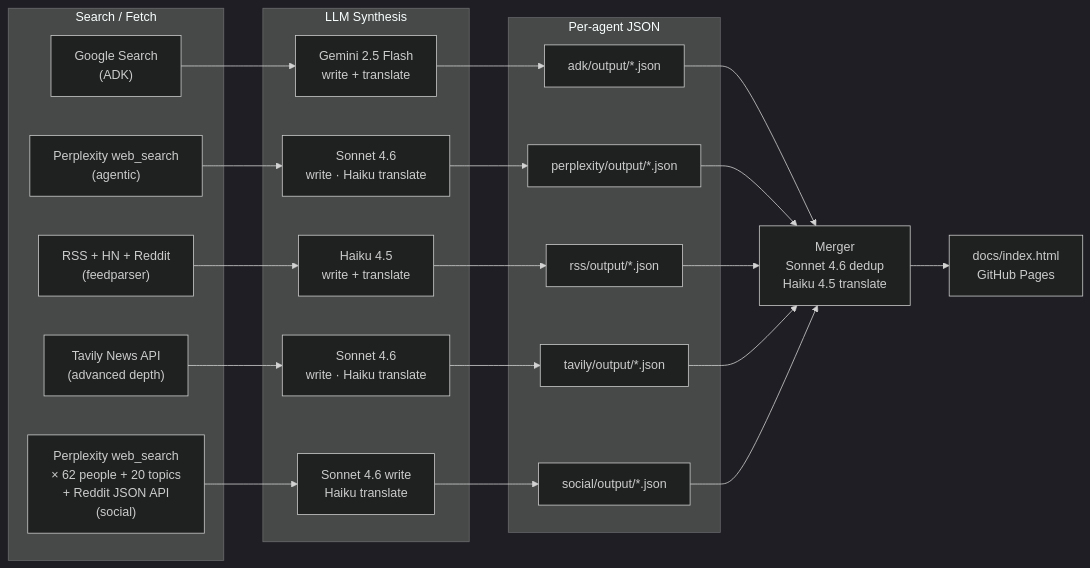
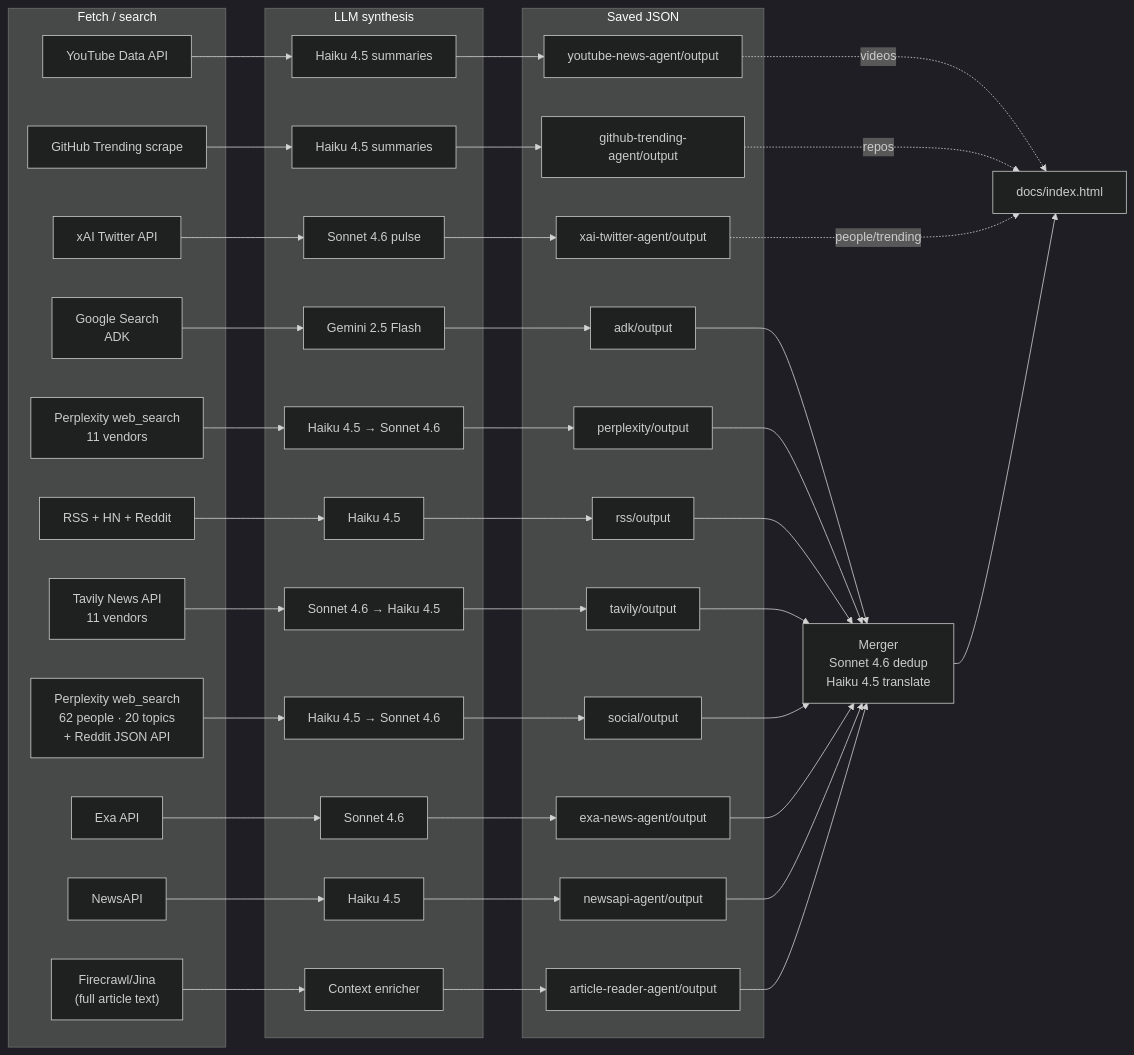
One commit to kobyal/ai-news-briefing changed the second of 8 diagrams in README.md. Above: the diagram before and after it, drawn with Mermaid (dark theme). The commit also changed other lines of this file, not shown here.

Commit message:
docs: refresh architecture and data-flow diagrams

````diff
--- a/README.md
+++ b/README.md
@@ -86,35 +95,62 @@
 ```mermaid
 flowchart LR
-    subgraph search["Search / Fetch"]
-        S1["Google Search\n(ADK)"]
-        S2["Perplexity web_search\n(agentic)"]
-        S3["RSS + HN + Reddit\n(feedparser)"]
-        S4["Tavily News API\n(advanced depth)"]
-        S5["Perplexity web_search\n× 62 people + 20 topics\n+ Reddit JSON API\n(social)"]
+    subgraph fetch["Fetch / search"]
+        S1["Google Search\nADK"]
+        S2["Perplexity web_search\n11 vendors"]
+        S3["RSS + HN + Reddit"]
+        S4["Tavily News API\n11 vendors"]
+        S5["Perplexity web_search\n62 people · 20 topics\n+ Reddit JSON API"]
+        S6["Exa API"]
+        S7["NewsAPI"]
+        S8["YouTube Data API"]
+        S9["GitHub Trending scrape"]
+        S10["xAI Twitter API"]
+        S11["Firecrawl/Jina\n(full article text)"]
     end
 
-    subgraph llm["LLM Synthesis"]
-        L1["Gemini 2.5 Flash\nwrite + translate"]
-        L2["Sonnet 4.6\nwrite · Haiku translate"]
-        L3["Haiku 4.5\nwrite + translate"]
-        L4["Sonnet 4.6\nwrite · Haiku translate"]
-        L5["Sonnet 4.6 write\nHaiku translate"]
+    subgraph llm["LLM synthesis"]
+        L1["Gemini 2.5 Flash"]
+        L2["Haiku 4.5 → Sonnet 4.6"]
+        L3["Haiku 4.5"]
+        L4["Sonnet 4.6 → Haiku 4.5"]
+        L5["Haiku 4.5 → Sonnet 4.6"]
+        L6["Sonnet 4.6"]
+        L7["Haiku 4.5"]
+        L8["Haiku 4.5 summaries"]
+        L9["Haiku 4.5 summaries"]
+        L10["Sonnet 4.6 pulse"]
+        L11["Context enricher"]
     end
 
-    subgraph outputs["Per-agent JSON"]
-        J1["adk/output/*.json"]
-        J2["perplexity/output/*.json"]
-        J3["rss/output/*.json"]
-        J4["tavily/output/*.json"]
-        J5["social/output/*.json"]
+    subgraph outputs["Saved JSON"]
+        J1["adk/output"]
+        J2["perplexity/output"]
+        J3["rss/output"]
+        J4["tavily/output"]
+        J5["social/output"]
+        J6["exa-news-agent/output"]
+        J7["newsapi-agent/output"]
+        J8["youtube-news-agent/output"]
+        J9["github-trending-agent/output"]
+        J10["xai-twitter-agent/output"]
+        J11["article-reader-agent/output"]
     end
 
     S1 --> L1 --> J1
     S2 --> L2 --> J2
     S3 --> L3 --> J3
     S4 --> L4 --> J4
     S5 --> L5 --> J5
+    S6 --> L6 --> J6
+    S7 --> L7 --> J7
+    S8 --> L8 --> J8
+    S9 --> L9 --> J9
+    S10 --> L10 --> J10
+    S11 --> L11 --> J11
 
-    J1 & J2 & J3 & J4 & J5 --> MRG["Merger\nSonnet 4.6 dedup\nHaiku 4.5 translate"]
-    MRG --> OUT["docs/index.html\nGitHub Pages"]
+    J1 & J2 & J3 & J4 & J5 & J6 & J7 & J11 --> MRG["Merger\nSonnet 4.6 dedup\nHaiku 4.5 translate"]
+    J8 -. videos .-> OUT["docs/index.html"]
+    J9 -. repos .-> OUT
+    J10 -. people/trending .-> OUT
+    MRG --> OUT
 ```
````
